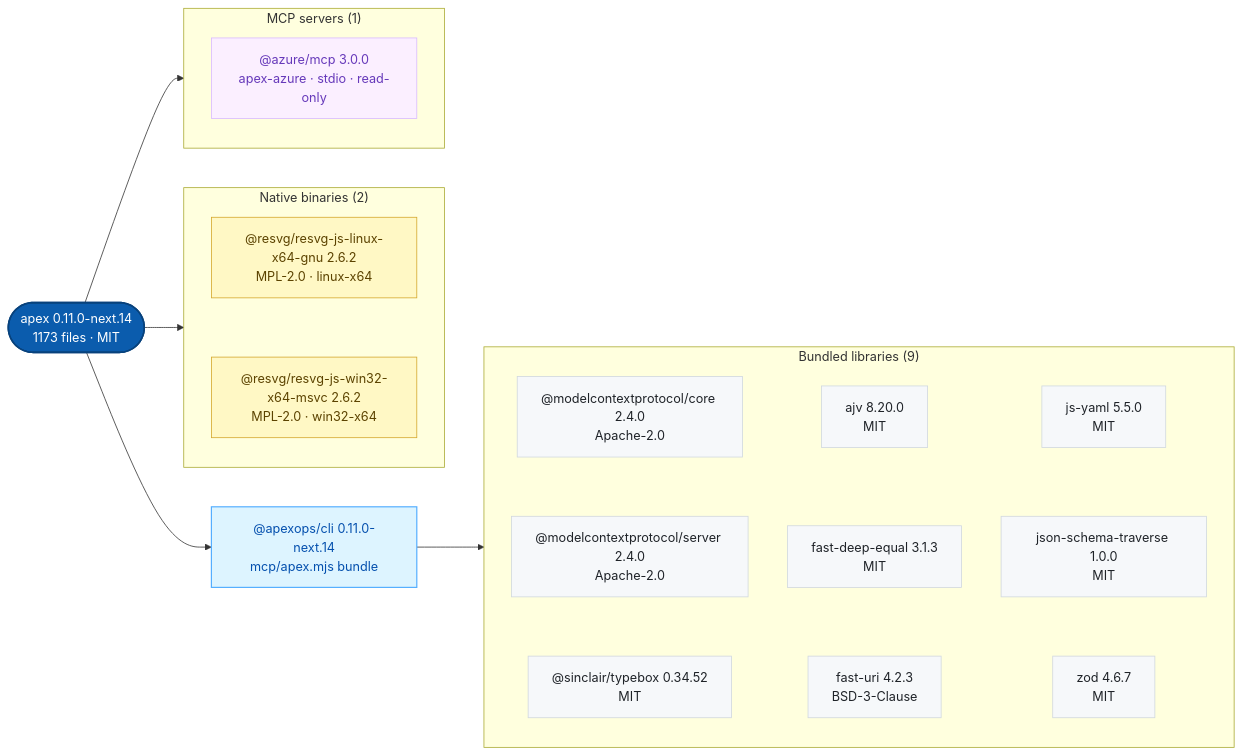
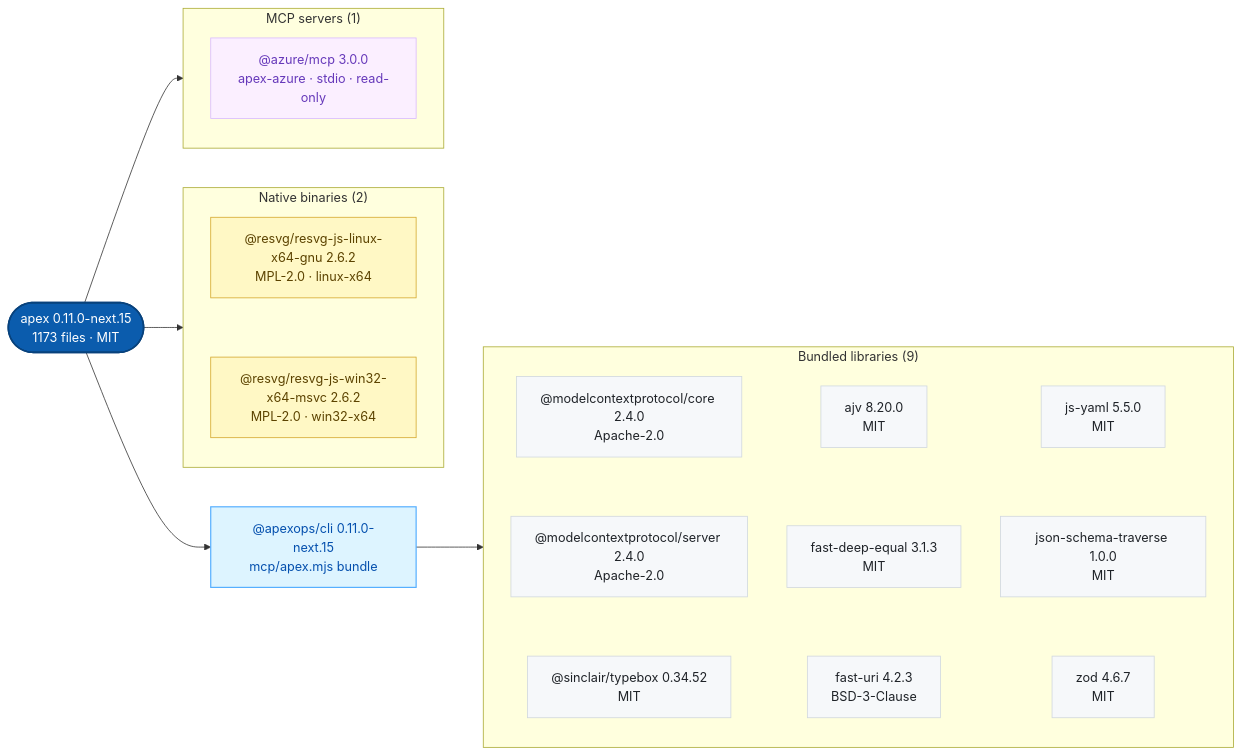
Before and after one commit to jonathan-vella/apex-plugins: the second of 2 diagrams in README.md, drawn with Mermaid. The commit also changed other lines of this file and 21 other files, not shown here.

First line of the commit message:
chore(release): publish apex 0.11.0-next.15 (#19)

````diff
--- a/README.md
+++ b/README.md
@@ -43,41 +43,41 @@
 ```mermaid
 flowchart LR
-    n0(["apex 0.11.0-next.14<br/>1173 files · MIT"])
-    n1["@apexops/cli 0.11.0-next.14<br/>mcp/apex.mjs bundle"]
+    n0(["apex 0.11.0-next.15<br/>1173 files · MIT"])
+    n1["@apexops/cli 0.11.0-next.15<br/>mcp/apex.mjs bundle"]
     subgraph g0["Bundled libraries (9)"]
       n2["@modelcontextprotocol/core 2.4.0<br/>Apache-2.0"]
       n3["@modelcontextprotocol/server 2.4.0<br/>Apache-2.0"]
       n4["@sinclair/typebox 0.34.52<br/>MIT"]
       n5["ajv 8.20.0<br/>MIT"]
       n6["fast-deep-equal 3.1.3<br/>MIT"]
       n7["fast-uri 4.2.3<br/>BSD-3-Clause"]
       n8["js-yaml 5.5.0<br/>MIT"]
       n9["json-schema-traverse 1.0.0<br/>MIT"]
       n10["zod 4.6.7<br/>MIT"]
       n2 ~~~ n3 ~~~ n4
       n5 ~~~ n6 ~~~ n7
       n8 ~~~ n9 ~~~ n10
     end
     subgraph g1["Native binaries (2)"]
       n11["@resvg/resvg-js-linux-x64-gnu 2.6.2<br/>MPL-2.0 · linux-x64"]
       n12["@resvg/resvg-js-win32-x64-msvc 2.6.2<br/>MPL-2.0 · win32-x64"]
       n11 ~~~ n12
     end
     subgraph g2["MCP servers (1)"]
       n13["@azure/mcp 3.0.0<br/>apex-azure · stdio · read-only"]
     end
     n0 --> n1
     n1 --> g0
     n0 --> g1
     n0 --> g2
     classDef plugin fill:#0b5cad,color:#ffffff,stroke:#08427c,stroke-width:2px
     classDef cli fill:#ddf4ff,color:#0550ae,stroke:#54aeff,stroke-width:1.5px
     classDef lib fill:#f6f8fa,color:#1f2328,stroke:#d0d7de
     classDef native fill:#fff8c5,color:#5c4300,stroke:#d4a72c
     classDef service fill:#fbefff,color:#6639ba,stroke:#d8b9ff
     class n0 plugin
     class n1 cli
     class n2,n3,n4,n5,n6,n7,n8,n9,n10 lib
     class n11,n12 native
     class n13 service
 ```
````
